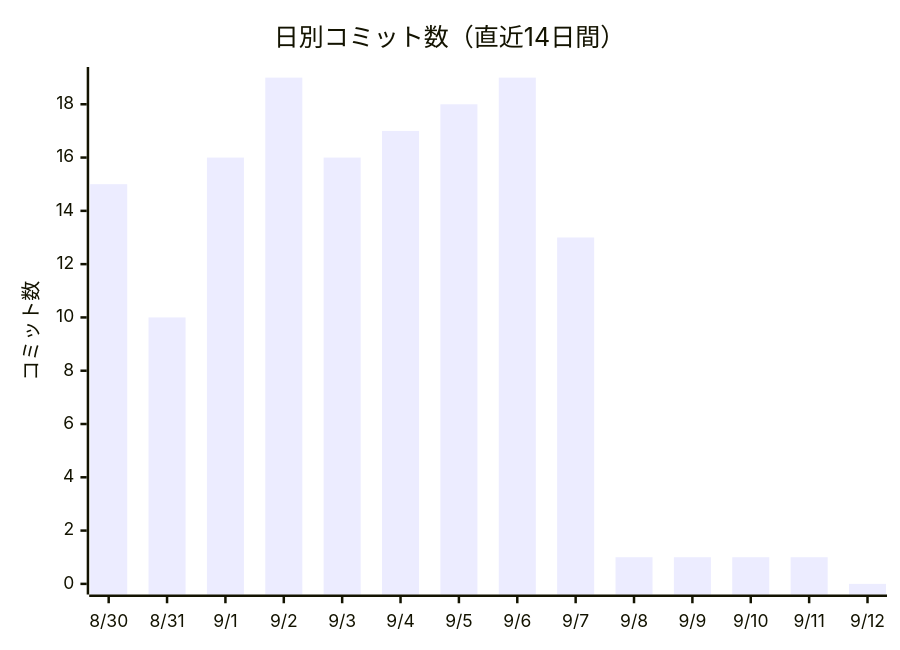
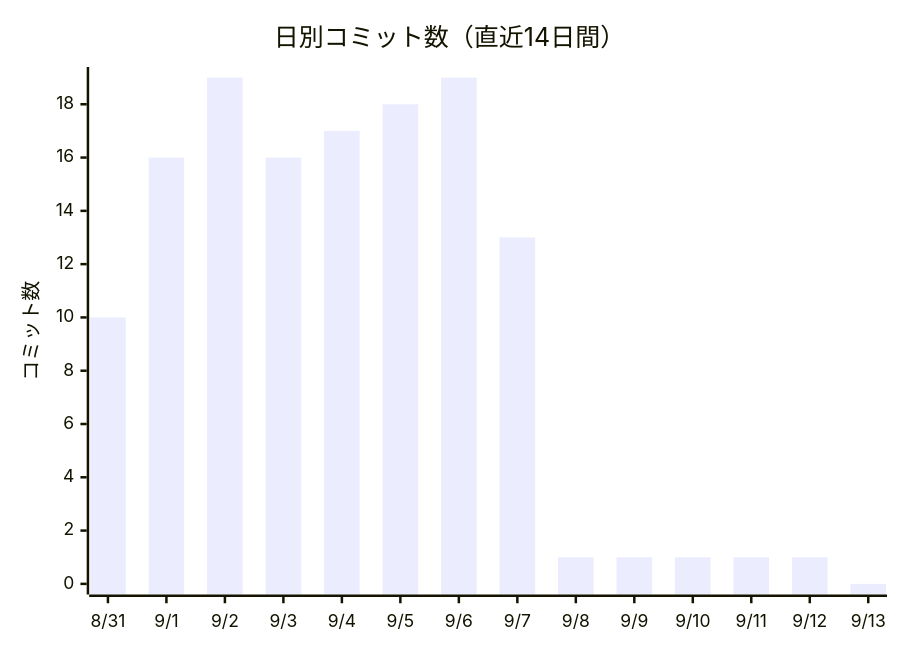
One commit to non-x2/non-x2 changed the first of 2 diagrams in docs/進化レポート.md. Above: the diagram before and after it, drawn with Mermaid. The commit also changed other lines of this file and 1 other file, not shown here.

````diff
--- a/docs/進化レポート.md
+++ b/docs/進化レポート.md
@@ -23,7 +23,7 @@
 ```mermaid
 xychart-beta
     title "日別コミット数（直近14日間）"
-    x-axis ["8/30", "8/31", "9/1", "9/2", "9/3", "9/4", "9/5", "9/6", "9/7", "9/8", "9/9", "9/10", "9/11", "9/12"]
+    x-axis ["8/31", "9/1", "9/2", "9/3", "9/4", "9/5", "9/6", "9/7", "9/8", "9/9", "9/10", "9/11", "9/12", "9/13"]
     y-axis "コミット数"
-    bar [15, 10, 16, 19, 16, 17, 18, 19, 13, 1, 1, 1, 1, 0]
+    bar [10, 16, 19, 16, 17, 18, 19, 13, 1, 1, 1, 1, 1, 0]
 ```
````
